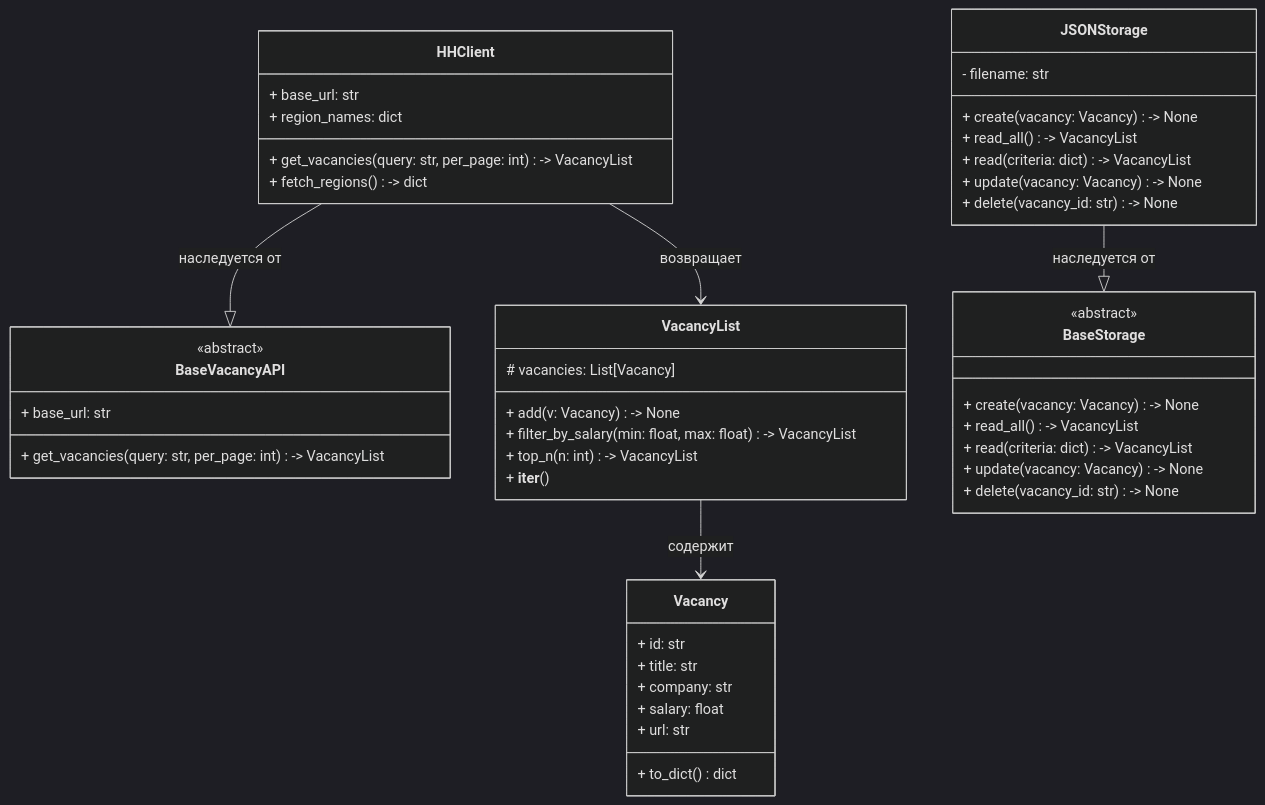
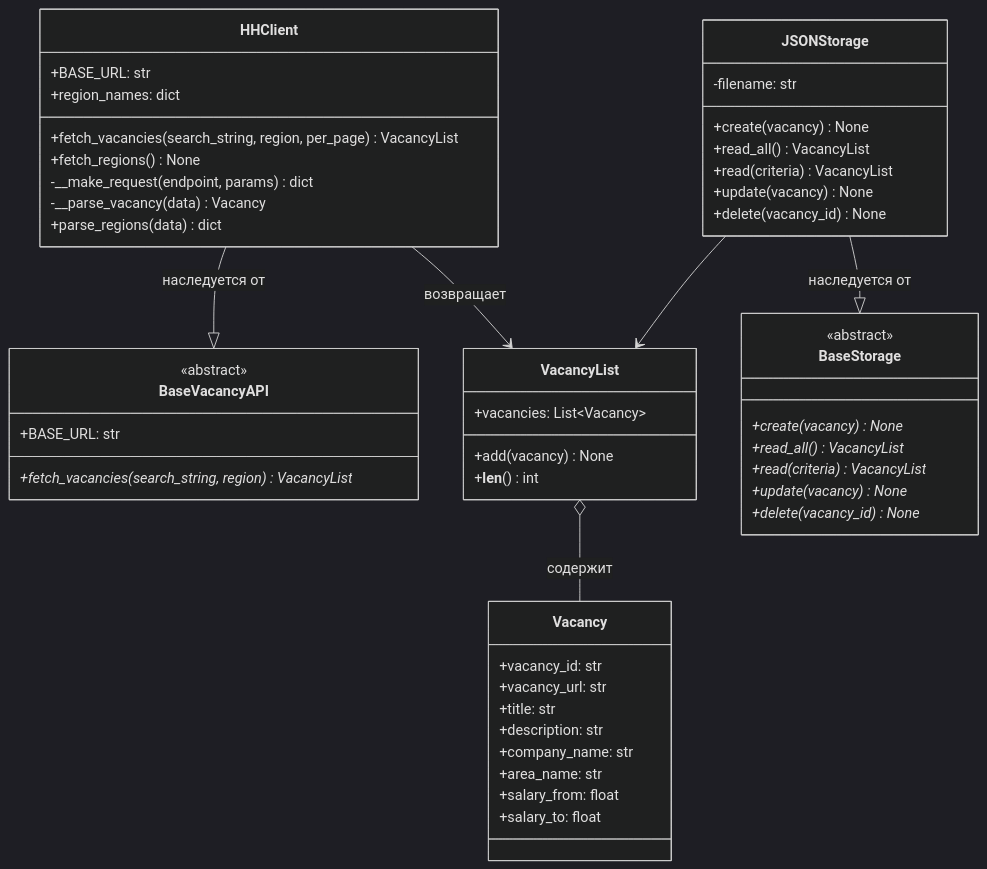
The diagram in README.md (dagniden/HHParser), drawn with Mermaid (dark theme) before and after one commit. The commit also changed other lines of this file and 4 other files, not shown here.

````diff
--- a/README.md
+++ b/README.md
@@ -23,59 +46,59 @@
 ```mermaid
-
 classDiagram
     class BaseVacancyAPI {
         <<abstract>>
-        + base_url: str
-        + get_vacancies(query: str, per_page: int) -> VacancyList
+        +BASE_URL: str
+        +fetch_vacancies(search_string, region)* VacancyList
     }
 
     class HHClient {
-        + base_url: str
-        + region_names: dict
-        + get_vacancies(query: str, per_page: int) -> VacancyList
-        + fetch_regions() -> dict 
+        +BASE_URL: str
+        +region_names: dict
+        +fetch_vacancies(search_string, region, per_page) VacancyList
+        +fetch_regions() None
+        -__make_request(endpoint, params) dict
+        -__parse_vacancy(data) Vacancy
+        +parse_regions(data) dict
     }
 
     class Vacancy {
-        + id: str
-        + title: str
-        + company: str
-        + salary: float
-        + url: str
-        + to_dict() dict
+        +vacancy_id: str
+        +vacancy_url: str
+        +title: str
+        +description: str
+        +company_name: str
+        +area_name: str
+        +salary_from: float
+        +salary_to: float
     }
 
     class VacancyList {
-        # vacancies: List[Vacancy]
-        + add(v: Vacancy) -> None
-        + filter_by_salary(min: float, max: float) -> VacancyList
-        + top_n(n: int) -> VacancyList
-        + __iter__()
+        +vacancies: List~Vacancy~
+        +add(vacancy) None
+        +__len__() int
     }
 
     class BaseStorage {
         <<abstract>>
-        + create(vacancy: Vacancy) -> None
-        + read_all() -> VacancyList
-        + read(criteria: dict) -> VacancyList
-        + update(vacancy: Vacancy) -> None
-        + delete(vacancy_id: str) -> None
+        +create(vacancy)* None
+        +read_all()* VacancyList
+        +read(criteria)* VacancyList
+        +update(vacancy)* None
+        +delete(vacancy_id)* None
     }
 
     class JSONStorage {
-        - filename: str
-        + create(vacancy: Vacancy) -> None
-        + read_all() -> VacancyList
-        + read(criteria: dict) -> VacancyList
-        + update(vacancy: Vacancy) -> None
-        + delete(vacancy_id: str) -> None
+        -filename: str
+        +create(vacancy) None
+        +read_all() VacancyList
+        +read(criteria) VacancyList
+        +update(vacancy) None
+        +delete(vacancy_id) None
     }
-        
+
     HHClient --|> BaseVacancyAPI: наследуется от
     HHClient --> VacancyList: возвращает
-    VacancyList --> Vacancy: содержит
+    VacancyList o-- Vacancy: содержит
     JSONStorage --|> BaseStorage: наследуется от
-
-
-
+    JSONStorage --> VacancyList
 ```
````
